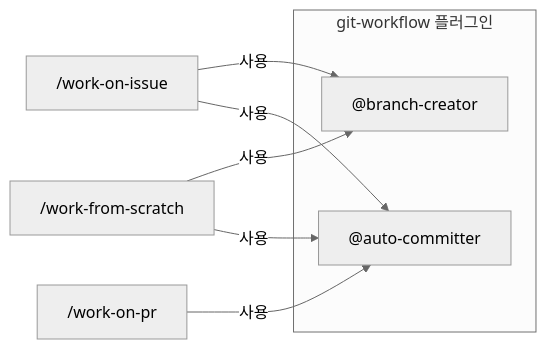
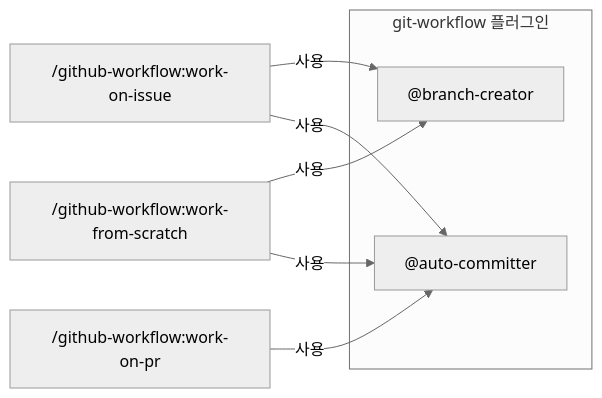
Before and after one commit to iamhoonse-dev/hoonse-claude-plugins: the third of 3 diagrams in README.md, drawn with Mermaid (neutral theme). The commit also changed other lines of this file and 11 other files, not shown here.

````diff
--- a/README.md
+++ b/README.md
@@ -101,13 +101,13 @@
 ```mermaid
 graph LR
-    WOI["/work-on-issue"] -->|사용| BC
-    WFS["/work-from-scratch"] -->|사용| BC
+    WOI["/github-workflow:work-on-issue"] -->|사용| BC
+    WFS["/github-workflow:work-from-scratch"] -->|사용| BC
     WOI -->|사용| AC
-    WOP["/work-on-pr"] -->|사용| AC
+    WOP["/github-workflow:work-on-pr"] -->|사용| AC
     WFS -->|사용| AC
 
     subgraph GW ["git-workflow 플러그인"]
         BC["@branch-creator"]
         AC["@auto-committer"]
     end
 ```
````
